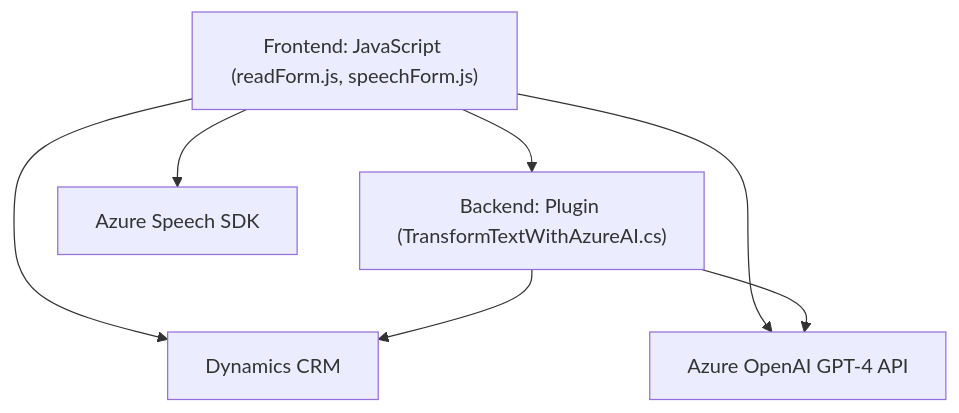
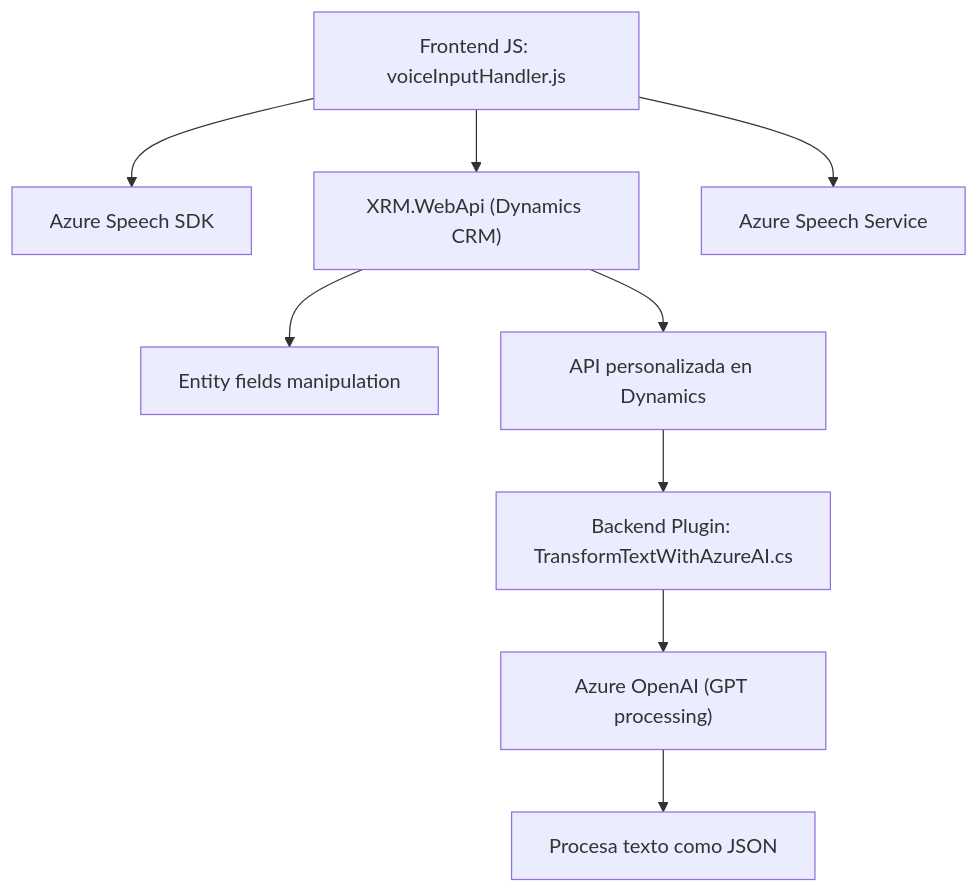
The diagram in README.md (blopezdm/NETCORE_BILBAO2025), drawn with Mermaid before and after one commit. The commit also changed other lines of this file, not shown here.

````diff
--- a/README.md
+++ b/README.md
@@ -63,15 +41,11 @@
 ```mermaid
 graph TD
-    A["Frontend: JavaScript (readForm.js, speechForm.js)"]
-    B["Backend: Plugin (TransformTextWithAzureAI.cs)"]
-    C["Azure Speech SDK"]
-    D["Azure OpenAI GPT-4 API"]
-    E["Dynamics CRM"]
-
-    A --> C
-    A --> E
-    A --> D
-    A --> B
-    B --> D
-    B --> E
+    A["Frontend JS: voiceInputHandler.js"] --> B["Azure Speech SDK"]
+    A --> C["XRM.WebApi (Dynamics CRM)"]
+    C --> D["Entity fields manipulation"]
+    A --> E["Azure Speech Service"]
+    C --> J["API personalizada en Dynamics"]
+    J --> F["Backend Plugin: TransformTextWithAzureAI.cs"]
+    F --> G["Azure OpenAI (GPT processing)"]
+    G --> H["Procesa texto como JSON"]
 ```
````
